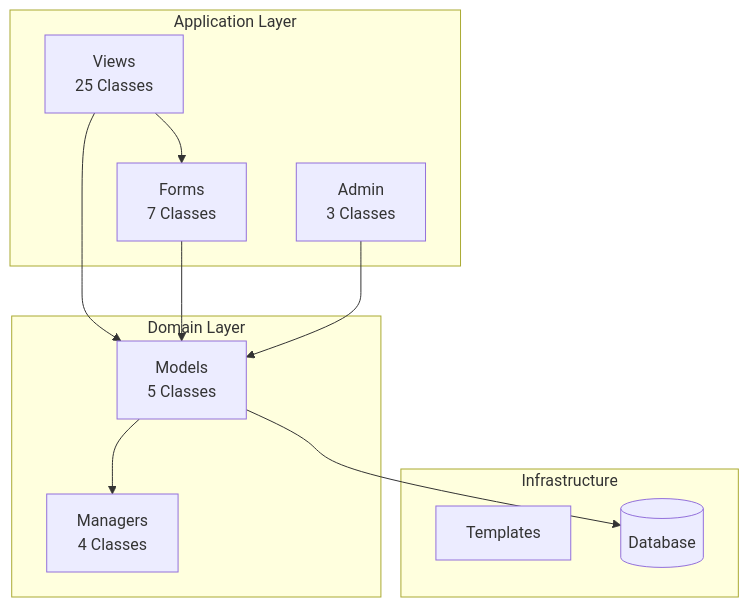
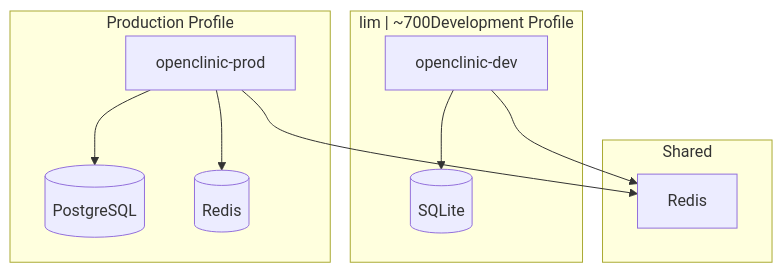
The second of 2 diagrams in role_audit_report.md (jact/openclinic-in-django), drawn with Mermaid before and after one commit. The commit also changed other lines of this file, not shown here.

````diff
--- a/role_audit_report.md
+++ b/role_audit_report.md
@@ -176,25 +189,16 @@
 ```mermaid
 graph TB
-    subgraph "Application Layer"
-        V[Views<br/>25 Classes]
-        F[Forms<br/>7 Classes]
-        A[Admin<br/>3 Classes]
+    subgraph "lim | ~700Development Profile"
+        D[openclinic-dev] --> S[(SQLite)]
     end
     
-    subgraph "Domain Layer"
-        M[Models<br/>5 Classes]
-        MGR[Managers<br/>4 Classes]
+    subgraph "Production Profile"
+        P[openclinic-prod] --> PG[(PostgreSQL)]
+        P --> R[(Redis)]
     end
     
-    subgraph "Infrastructure"
-        T[Templates]
-        DB[(Database)]
+    subgraph "Shared"
+        D --> Redis
+        P --> Redis
     end
-    
-    V --> F
-    V --> M
-    F --> M
-    A --> M
-    M --> DB
-    M --> MGR
 ```
````
